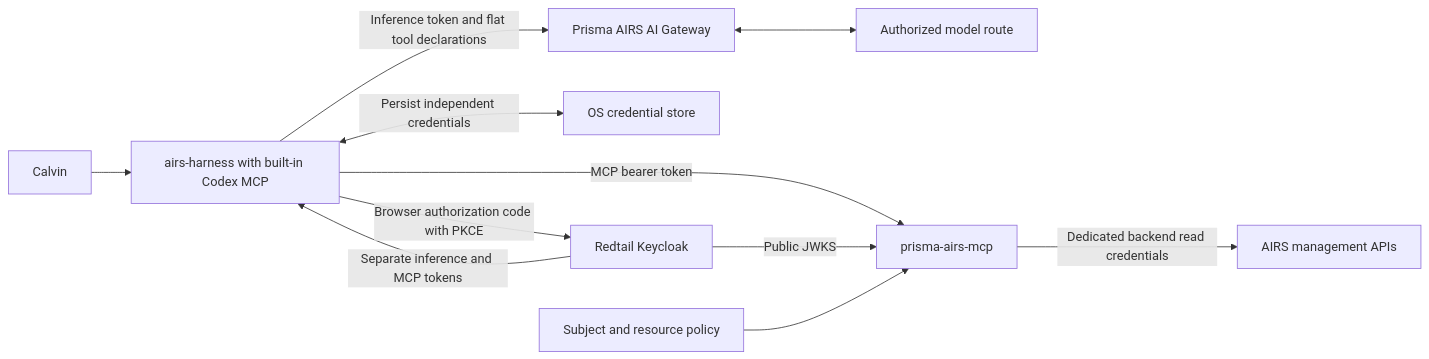
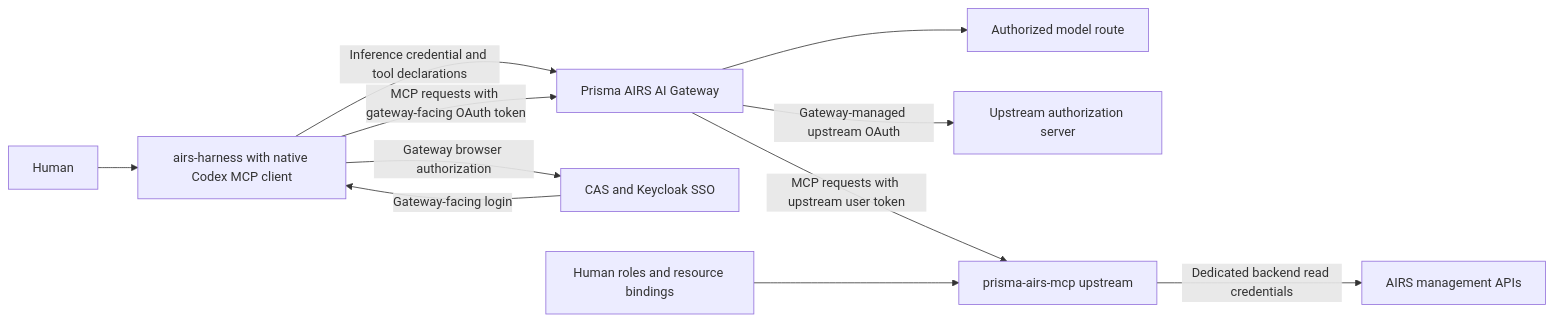
One commit to cdot65/prisma-airs-harness changed the diagram in MCP.md. Above: the diagram before and after it, drawn with Mermaid. The commit also changed other lines of this file and 10 other files, not shown here.

Commit message:
Prepare alpha14 gateway MCP contract and preserve dynamic OAuth history

````diff
--- a/MCP.md
+++ b/MCP.md
@@ -72,13 +52,13 @@
 ```mermaid
 flowchart LR
-  User[Calvin] --> Harness[airs-harness with built-in Codex MCP]
-  Harness -->|Browser authorization code with PKCE| Keycloak[Redtail Keycloak]
-  Keycloak -->|Separate inference and MCP tokens| Harness
-  Harness <-->|Persist independent credentials| Store[OS credential store]
-  Harness -->|Inference token and flat tool declarations| Gateway[Prisma AIRS AI Gateway]
-  Gateway <--> Model[Authorized model route]
-  Harness -->|MCP bearer token| MCP[prisma-airs-mcp]
-  Keycloak -->|Public JWKS| MCP
-  Policy[Subject and resource policy] --> MCP
+  User[Human] --> Harness[airs-harness with native Codex MCP client]
+  Harness -->|Inference credential and tool declarations| Gateway[Prisma AIRS AI Gateway]
+  Gateway --> Model[Authorized model route]
+  Harness -->|MCP requests with gateway-facing OAuth token| Gateway
+  Harness -->|Gateway browser authorization| CAS[CAS and Keycloak SSO]
+  CAS -->|Gateway-facing login| Harness
+  Gateway -->|Gateway-managed upstream OAuth| IdP[Upstream authorization server]
+  Gateway -->|MCP requests with upstream user token| MCP[prisma-airs-mcp upstream]
+  Policy[Human roles and resource bindings] --> MCP
   MCP -->|Dedicated backend read credentials| AIRS[AIRS management APIs]
 ```
````
